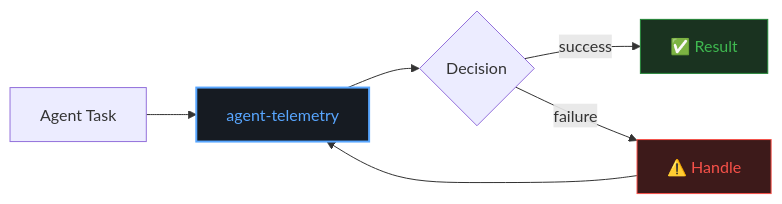
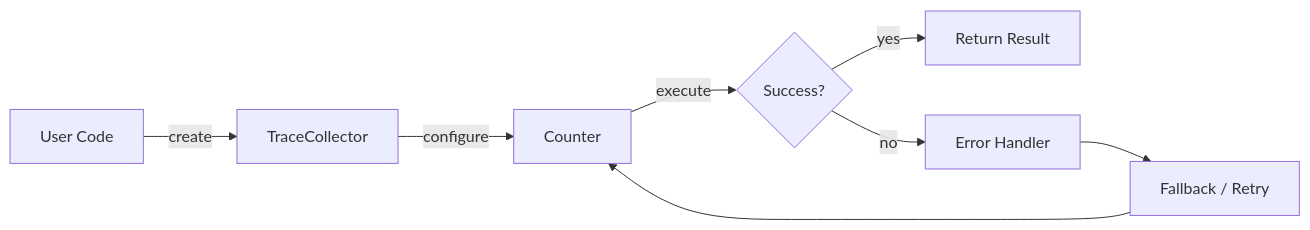
One commit to darshjme/agent-telemetry changed the first of 2 diagrams in README.md. Above: the diagram before and after it, drawn with Mermaid. The commit also changed other lines of this file and 1 other file, not shown here.

````diff
--- a/README.md
+++ b/README.md
@@ -59,12 +75,10 @@
 ```mermaid
 flowchart LR
-    A[Agent Task] --> B[agent-telemetry]
-    B --> C{Decision}
-    C -->|success| D[✅ Result]
-    C -->|failure| E[⚠️ Handle]
-    E --> B
-
-    style B fill:#161b22,stroke:#58a6ff,stroke-width:2,color:#58a6ff
-    style D fill:#1a3320,stroke:#238636,color:#3fb950
-    style E fill:#3d1a1a,stroke:#f85149,color:#f85149
+    A[User Code] -->|create| B[TraceCollector]
+    B -->|configure| C[Counter]
+    C -->|execute| D{Success?}
+    D -->|yes| E[Return Result]
+    D -->|no| F[Error Handler]
+    F --> G[Fallback / Retry]
+    G --> C
 ```
````
